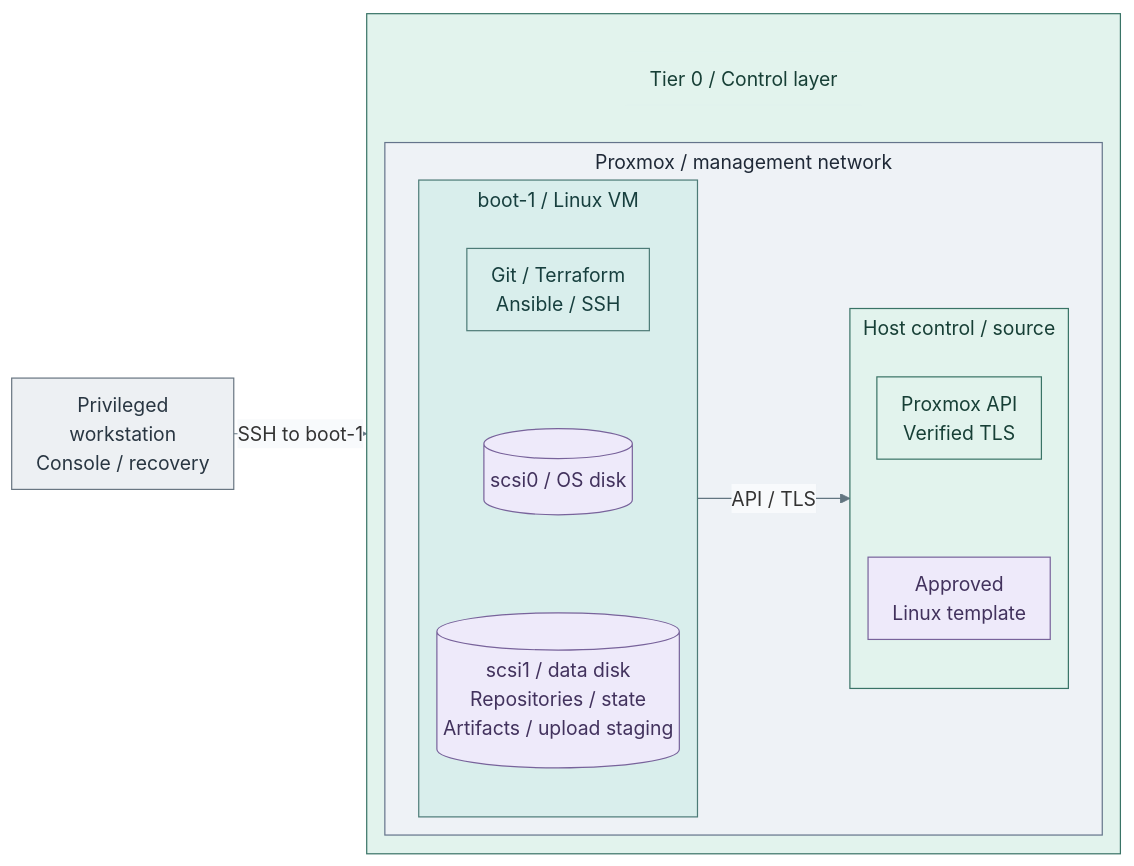
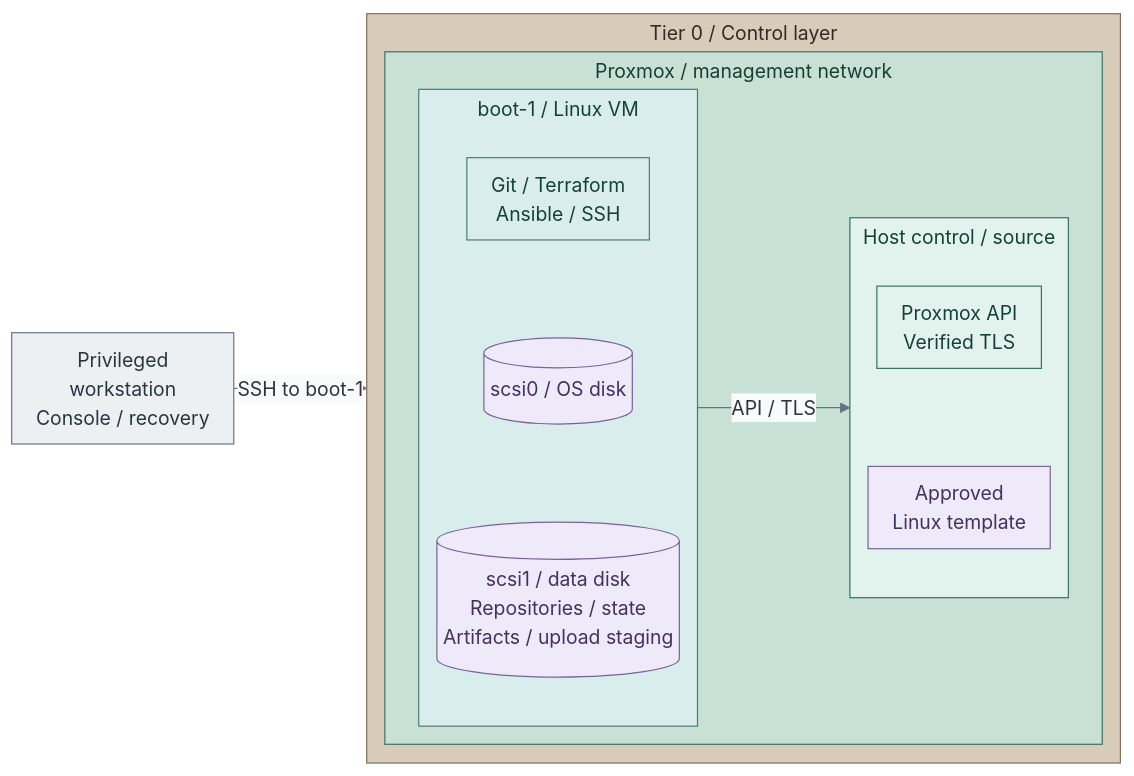
The diagram in docs/03-deployment/foundation/bootstrap/README.md (Rexus/homelab), drawn with Mermaid before and after one commit. The commit also changed 108 other files, not shown here.

Commit message:
docs(diagrams): unify visual language and opening views

````diff
--- a/docs/03-deployment/foundation/bootstrap/README.md
+++ b/docs/03-deployment/foundation/bootstrap/README.md
@@ -14,41 +14,42 @@
 ```mermaid
 %%{init: {"theme":"base","flowchart":{"nodeSpacing":10,"rankSpacing":6,"padding":10,"subGraphTitleMargin":{"top":4,"bottom":12}},"themeVariables":{"lineColor":"#627581","edgeLabelBackground":"#f8fafc"}}}%%
 flowchart LR
   Admin["Privileged<br/>workstation<br/>Console / recovery"]
-  subgraph T0[" "]
+  subgraph T0["Tier 0 / Control layer"]
     direction TB
-    T0Title["Tier 0 / Control layer"]
       subgraph PVE["Proxmox / management network"]
         direction LR
         subgraph VM["boot-1 / Linux VM"]
           direction TB
           Tools["Git / Terraform<br/>Ansible / SSH"]
           OS[("scsi0 / OS disk")]
           Data[("scsi1 / data disk<br/>Repositories / state<br/>Artifacts / upload staging")]
           Tools ~~~ OS ~~~ Data
         end
         subgraph Host["Host control / source"]
           direction TB
           API["Proxmox API<br/>Verified TLS"]
           Image["Approved<br/>Linux template"]
           API ~~~ Image
         end
         VM -->|API / TLS| Host
       end
-    T0Title ~~~ PVE
   end
   Admin -->|SSH to boot-1| T0
   classDef default fill:#f8fafc,stroke:#64748b,color:#1f2937
   classDef boundary fill:#eef2f6,stroke:#64748b,color:#1f2937
   classDef actor fill:#edf0f3,stroke:#697682,color:#293642
   classDef control fill:#e2f3ed,stroke:#397366,color:#173f36
   classDef controlHeading fill:#e2f3ed,stroke:#e2f3ed,color:#173f36
   classDef runtime fill:#d9eeec,stroke:#4d7b77,color:#173f3e
   classDef data fill:#eeeafa,stroke:#78639b,color:#42325d
   class Admin actor
-  class T0,Host,API control
-  class T0Title controlHeading
-  class PVE boundary
+  class Host,API control
   class VM,Tools runtime
   class Image,OS,Data data
+  classDef tier0 fill:#d8cbb9,stroke:#83715a,color:#352a1e
+  class T0 tier0
+  classDef tier0Heading fill:#d8cbb9,stroke:#d8cbb9,color:#352a1e
+  classDef zoneControl fill:#c9e0d5,stroke:#397366,color:#173f36
+  class PVE zoneControl
 ```
````
